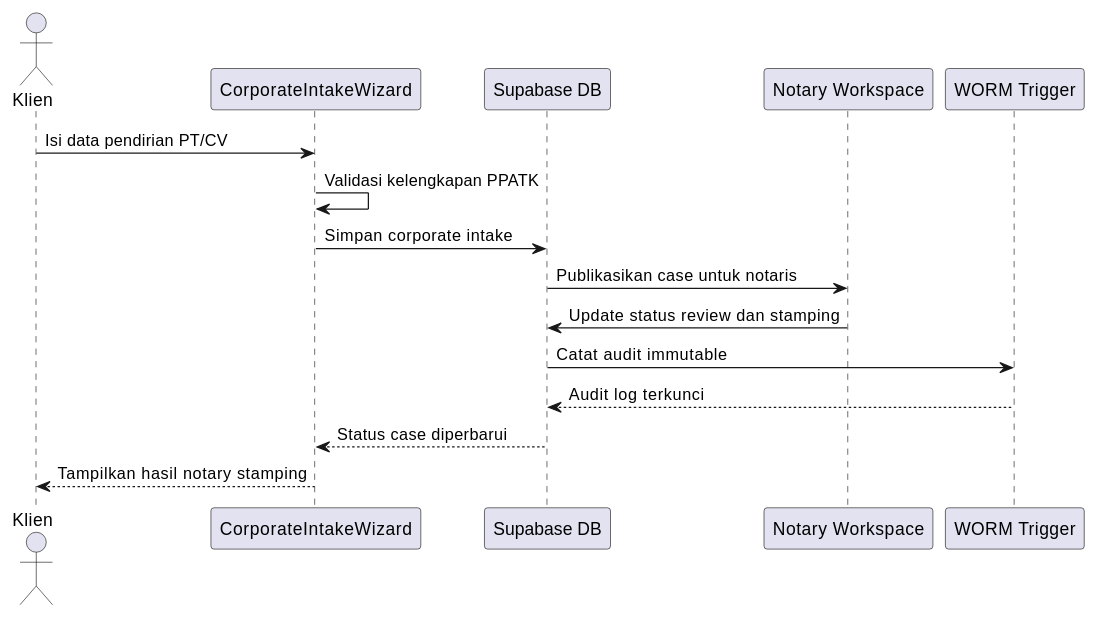
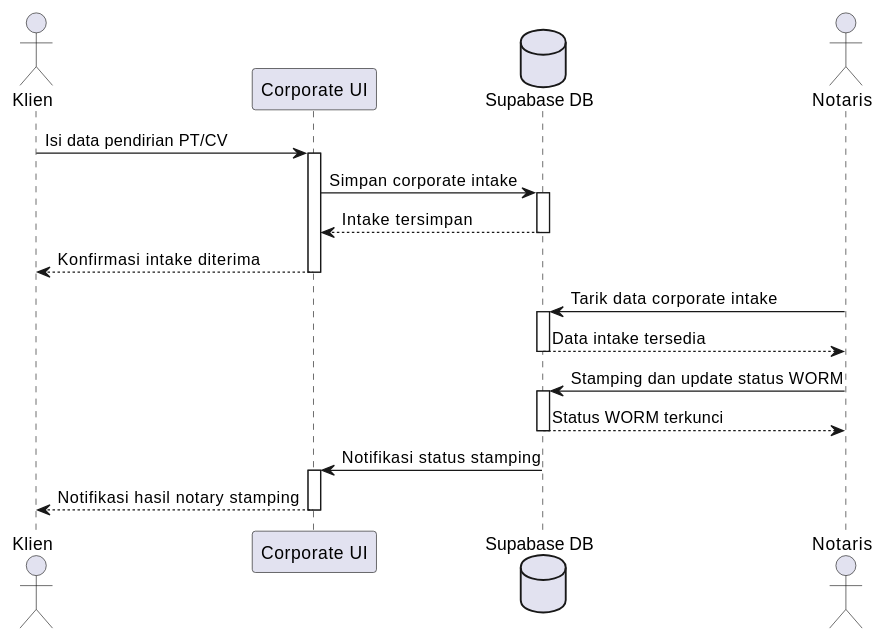
The first of 2 diagrams in MarkDown/PHASE_2_USE_CASES_AND_DIAGRAMS.md (tupperwureism/SuperApp-Gagal), drawn with PlantUML before and after one commit. The commit also changed other lines of this file, not shown here.

Commit message:
docs(phase2): revise plantuml sequence diagrams with human actors and activation bars

````diff
--- a/MarkDown/PHASE_2_USE_CASES_AND_DIAGRAMS.md
+++ b/MarkDown/PHASE_2_USE_CASES_AND_DIAGRAMS.md
@@ -23,19 +23,32 @@
 ```plantuml
 @startuml
 actor Klien
-participant "CorporateIntakeWizard" as CorporateIntakeWizard
-participant "Supabase DB" as SupabaseDB
-participant "Notary Workspace" as NotaryWorkspace
-participant "WORM Trigger" as WORMTrigger
+participant "Corporate UI" as UI
+database "Supabase DB" as DB
+actor Notaris
 
-Klien -> CorporateIntakeWizard: Isi data pendirian PT/CV
-CorporateIntakeWizard -> CorporateIntakeWizard: Validasi kelengkapan PPATK
-CorporateIntakeWizard -> SupabaseDB: Simpan corporate intake
-SupabaseDB -> NotaryWorkspace: Publikasikan case untuk notaris
-NotaryWorkspace -> SupabaseDB: Update status review dan stamping
-SupabaseDB -> WORMTrigger: Catat audit immutable
-WORMTrigger --> SupabaseDB: Audit log terkunci
-SupabaseDB --> CorporateIntakeWizard: Status case diperbarui
-CorporateIntakeWizard --> Klien: Tampilkan hasil notary stamping
+Klien -> UI: Isi data pendirian PT/CV
+activate UI
+UI -> DB: Simpan corporate intake
+activate DB
+DB --> UI: Intake tersimpan
+deactivate DB
+UI --> Klien: Konfirmasi intake diterima
+deactivate UI
+
+Notaris -> DB: Tarik data corporate intake
+activate DB
+DB --> Notaris: Data intake tersedia
+deactivate DB
+
+Notaris -> DB: Stamping dan update status WORM
+activate DB
+DB --> Notaris: Status WORM terkunci
+deactivate DB
+
+DB -> UI: Notifikasi status stamping
+activate UI
+UI --> Klien: Notifikasi hasil notary stamping
+deactivate UI
 @enduml
 ```
````
